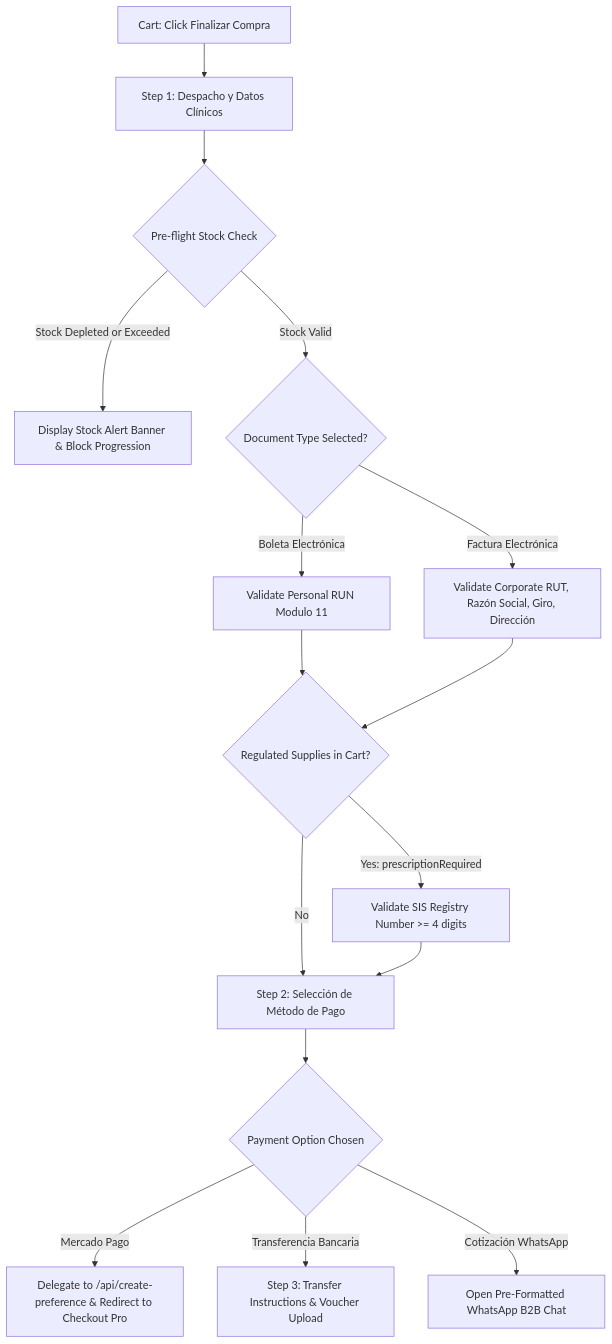
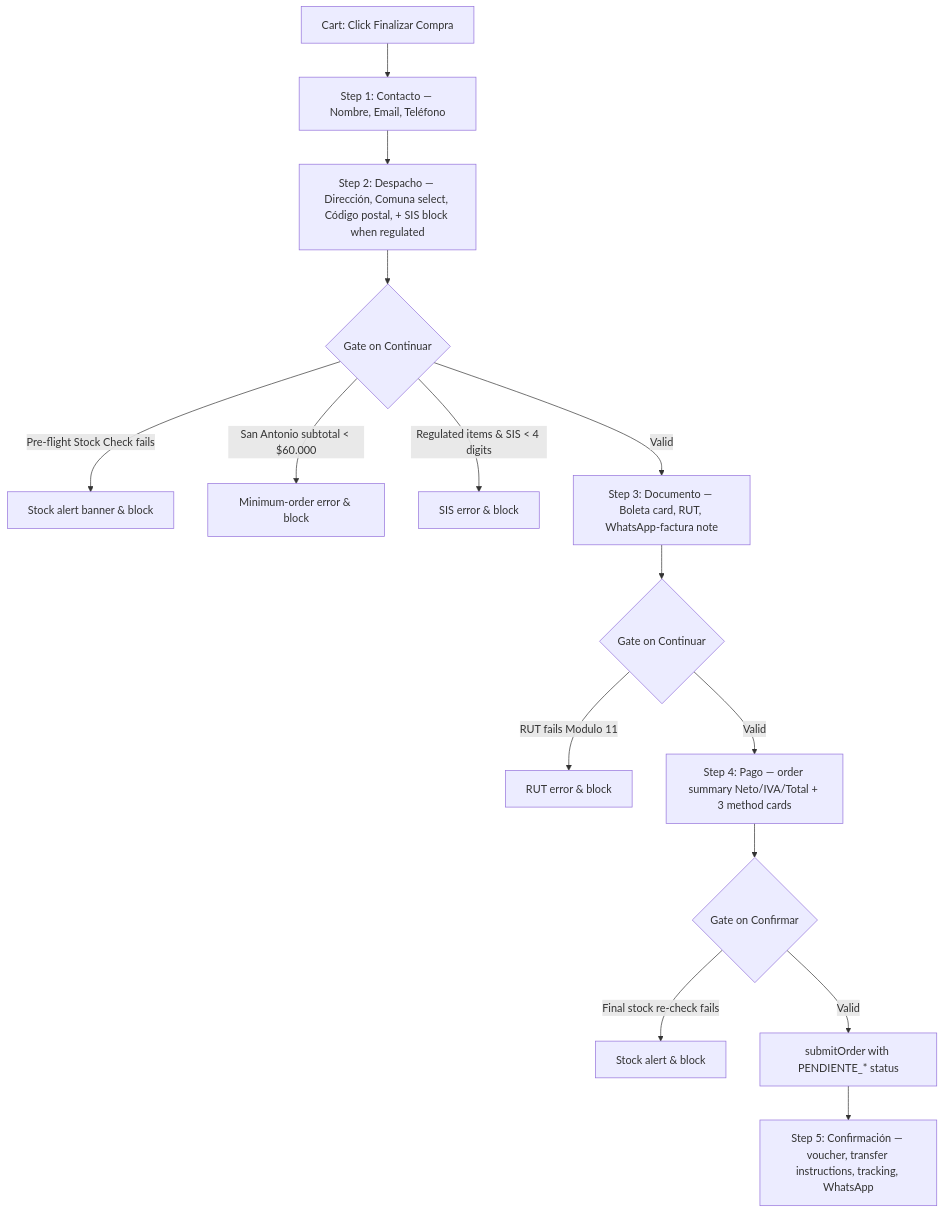
One commit to carlosjosemm/pronto-insumos changed the first of 2 diagrams in src/components/AGENTS.md. Above: the diagram before and after it, drawn with Mermaid. The commit also changed other lines of this file and 10 other files, not shown here.

````diff
--- a/src/components/AGENTS.md
+++ b/src/components/AGENTS.md
@@ -147,17 +148,17 @@
 ```mermaid
 graph TD
-    A[Cart: Click Finalizar Compra] --> B[Step 1: Despacho y Datos Clínicos]
-    B --> C{Pre-flight Stock Check}
-    C -- Stock Depleted or Exceeded --> B1[Display Stock Alert Banner & Block Progression]
-    C -- Stock Valid --> D{Document Type Selected?}
-    D -- Boleta Electrónica --> E1[Validate Personal RUN Modulo 11]
-    D -- Factura Electrónica --> E2[Validate Corporate RUT, Razón Social, Giro, Dirección]
-    E1 & E2 --> F{Regulated Supplies in Cart?}
-    F -- Yes: prescriptionRequired --> G[Validate SIS Registry Number >= 4 digits]
-    F -- No --> H[Step 2: Selección de Método de Pago]
-    G --> H
-    H --> I{Payment Option Chosen}
-    I -- Mercado Pago --> J[Delegate to /api/create-preference & Redirect to Checkout Pro]
-    I -- Transferencia Bancaria --> K[Step 3: Transfer Instructions & Voucher Upload]
-    I -- Cotización WhatsApp --> L[Open Pre-Formatted WhatsApp B2B Chat]
+    A[Cart: Click Finalizar Compra] --> B[Step 1: Contacto — Nombre, Email, Teléfono]
+    B --> C[Step 2: Despacho — Dirección, Comuna select, Código postal, + SIS block when regulated]
+    C --> D{Gate on Continuar}
+    D -- Pre-flight Stock Check fails --> D1[Stock alert banner & block]
+    D -- San Antonio subtotal < $60.000 --> D2[Minimum-order error & block]
+    D -- Regulated items & SIS < 4 digits --> D3[SIS error & block]
+    D -- Valid --> E[Step 3: Documento — Boleta card, RUT, WhatsApp-factura note]
+    E --> F{Gate on Continuar}
+    F -- RUT fails Modulo 11 --> F1[RUT error & block]
+    F -- Valid --> G[Step 4: Pago — order summary Neto/IVA/Total + 3 method cards]
+    G --> H{Gate on Confirmar}
+    H -- Final stock re-check fails --> H1[Stock alert & block]
+    H -- Valid --> I[submitOrder with PENDIENTE_* status]
+    I --> J[Step 5: Confirmación — voucher, transfer instructions, tracking, WhatsApp]
 ```
````
